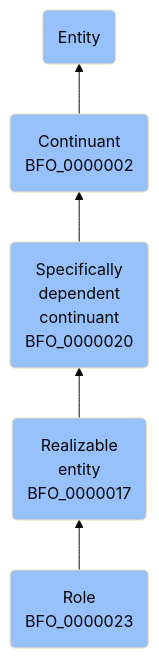
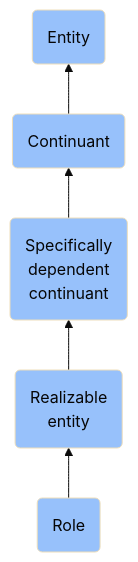
One commit to jupyter-naas/abi changed the diagram in docs/ontology/reference/model/Entity/Continuant/Specifically dependent continuant/Realizable entity/Role/Role.md. Above: the diagram before and after it, drawn with Mermaid (base theme). The commit also changed other lines of this file and 1430 other files, not shown here.

````diff
--- a/docs/ontology/reference/model/Entity/Continuant/Specifically dependent continuant/Realizable entity/Role/Role.md
+++ b/docs/ontology/reference/model/Entity/Continuant/Specifically dependent continuant/Realizable entity/Role/Role.md
@@ -24,12 +24,12 @@
 ```mermaid
 graph BT
-    BFO_0000023(Role<br>BFO_0000023):::BFO-->BFO_0000017
-    BFO_0000017(Realizable<br>entity<br>BFO_0000017):::BFO-->BFO_0000020
-    BFO_0000020(Specifically<br>dependent<br>continuant<br>BFO_0000020):::BFO-->BFO_0000002
-    BFO_0000002(Continuant<br>BFO_0000002):::BFO-->BFO_0000001
+    BFO_0000023(Role):::BFO-->BFO_0000017
+    BFO_0000017(Realizable<br>entity):::BFO-->BFO_0000020
+    BFO_0000020(Specifically<br>dependent<br>continuant):::BFO-->BFO_0000002
+    BFO_0000002(Continuant):::BFO-->BFO_0000001
     BFO_0000001(Entity):::BFO
     
     classDef BFO fill:#97c1fb,color:#060606
     classDef CCO fill:#e4c51e,color:#060606
     classDef ABI fill:#48DD82,color:#060606
 ```
````
